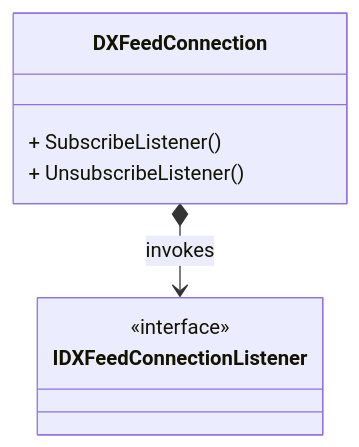
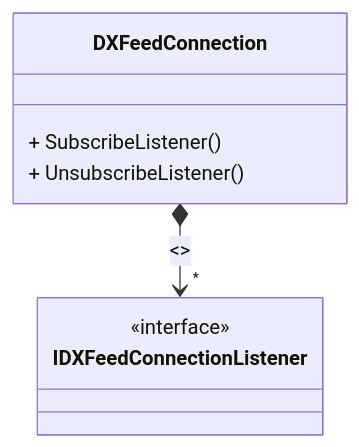
One commit to nikolaygekht/DXFeed.Net changed the first of 3 diagrams in Doc/Details/connection.md. Above: the diagram before and after it, drawn with Mermaid. The commit also changed other lines of this file, not shown here.

````diff
--- a/Doc/Details/connection.md
+++ b/Doc/Details/connection.md
@@ -25,13 +25,13 @@
 ```mermaid
 classDiagram
 
 class DXFeedConnection {
     + SubscribeListener()
     + UnsubscribeListener()
 }
 
 class IDXFeedConnectionListener
 <<interface>>IDXFeedConnectionListener
 
-DXFeedConnection *--> IDXFeedConnectionListener : invokes
+DXFeedConnection *--> "*" IDXFeedConnectionListener : <<invokes>>
 ```
````
